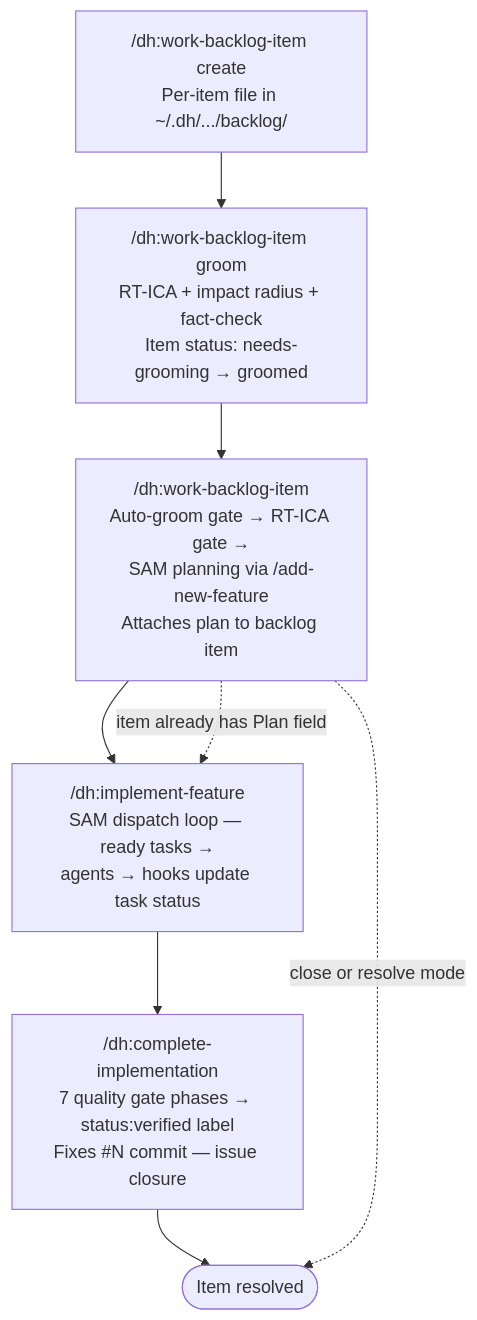
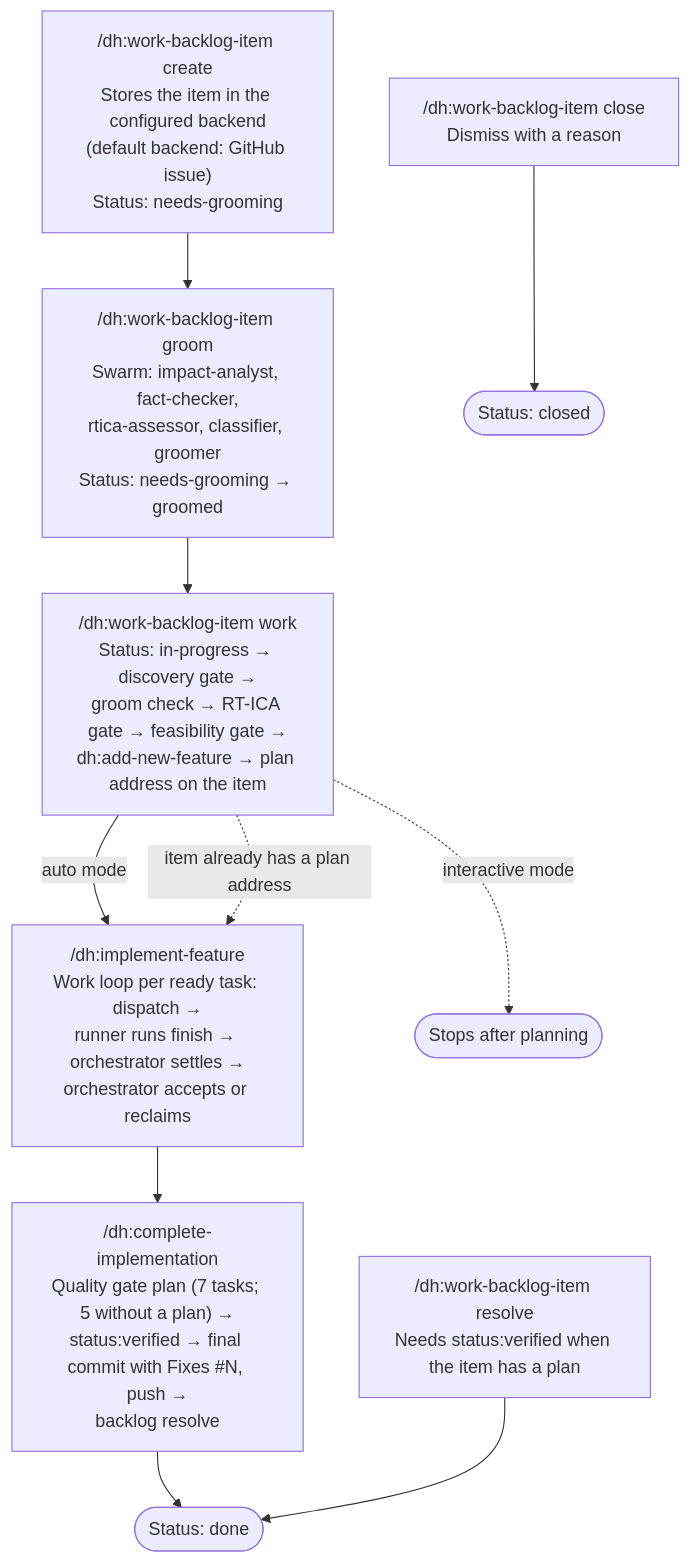
Before and after one commit to Jamie-BitFlight/claude_skills: the second of 2 diagrams in plugins/development-harness/skills/development-harness/SKILL.md, drawn with Mermaid. The commit also changed other lines of this file and 23 other files, not shown here.

````diff
--- a/plugins/development-harness/skills/development-harness/SKILL.md
+++ b/plugins/development-harness/skills/development-harness/SKILL.md
@@ -59,11 +59,13 @@
 ```mermaid
 flowchart TD
-    Capture["/dh:work-backlog-item create<br>Per-item file in ~/.dh/.../backlog/"] --> Groom
-    Groom["/dh:work-backlog-item groom<br>RT-ICA + impact radius + fact-check<br>Item status: needs-grooming → groomed"] --> Work
-    Work["/dh:work-backlog-item<br>Auto-groom gate → RT-ICA gate →<br>SAM planning via /add-new-feature<br>Attaches plan to backlog item"] --> Execute
-    Execute["/dh:implement-feature<br>SAM dispatch loop — ready tasks →<br>agents → hooks update task status"] --> QG
-    QG["/dh:complete-implementation<br>7 quality gate phases → status:verified label<br>Fixes #N commit — issue closure"] --> Done(["Item resolved"])
+    Capture["/dh:work-backlog-item create<br>Stores the item in the configured backend<br>(default backend: GitHub issue)<br>Status: needs-grooming"] --> Groom
+    Groom["/dh:work-backlog-item groom<br>Swarm: impact-analyst, fact-checker,<br>rtica-assessor, classifier, groomer<br>Status: needs-grooming → groomed"] --> Work
+    Work["/dh:work-backlog-item work<br>Status: in-progress → discovery gate →<br>groom check → RT-ICA gate → feasibility gate →<br>dh:add-new-feature → plan address on the item"] -->|auto mode| Execute
+    Execute["/dh:implement-feature<br>Work loop per ready task: dispatch →<br>runner runs finish → orchestrator settles →<br>orchestrator accepts or reclaims"] --> QG
+    QG["/dh:complete-implementation<br>Quality gate plan (7 tasks; 5 without a plan) →<br>status:verified → final commit with Fixes #N, push →<br>backlog resolve"] --> Done(["Status: done"])
 
-    Work -.->|item already has Plan field| Execute
-    Work -.->|close or resolve mode| Done
+    Work -.->|item already has a plan address| Execute
+    Work -.->|interactive mode| Stop(["Stops after planning"])
+    Close["/dh:work-backlog-item close<br>Dismiss with a reason"] --> Closed(["Status: closed"])
+    Resolve["/dh:work-backlog-item resolve<br>Needs status:verified when the item has a plan"] --> Done
 ```
````
